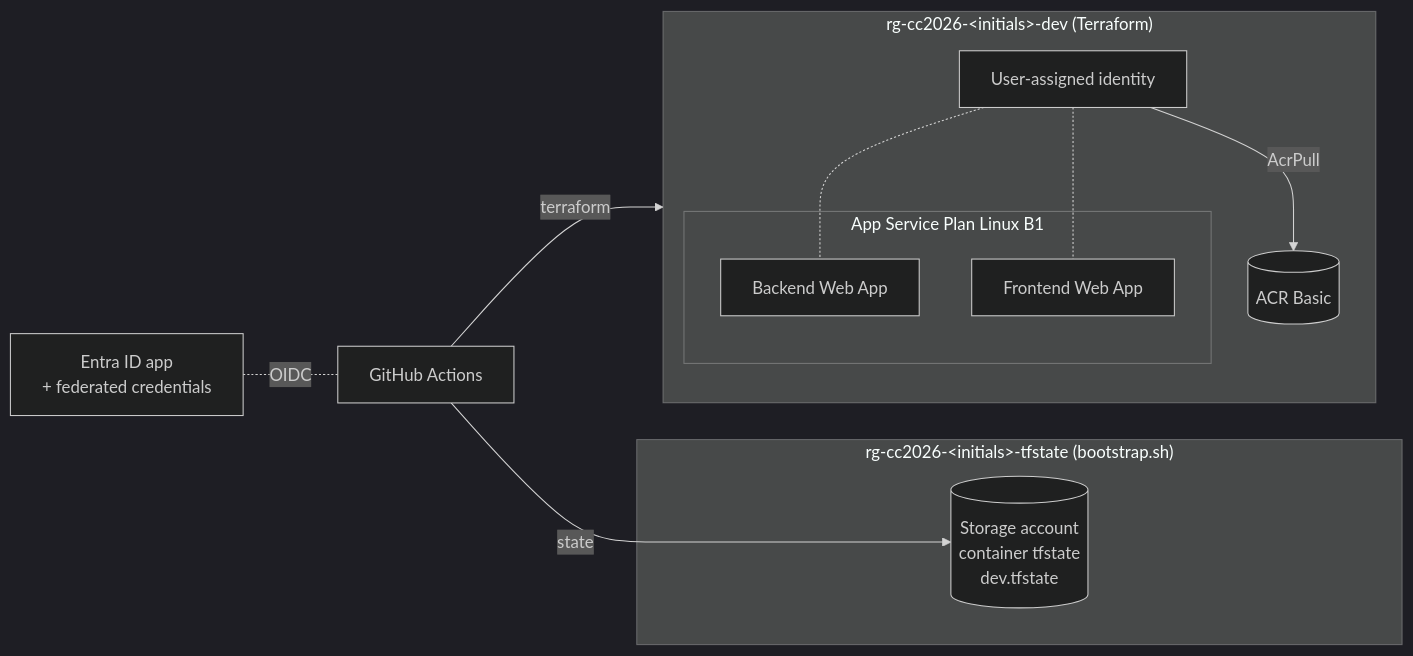
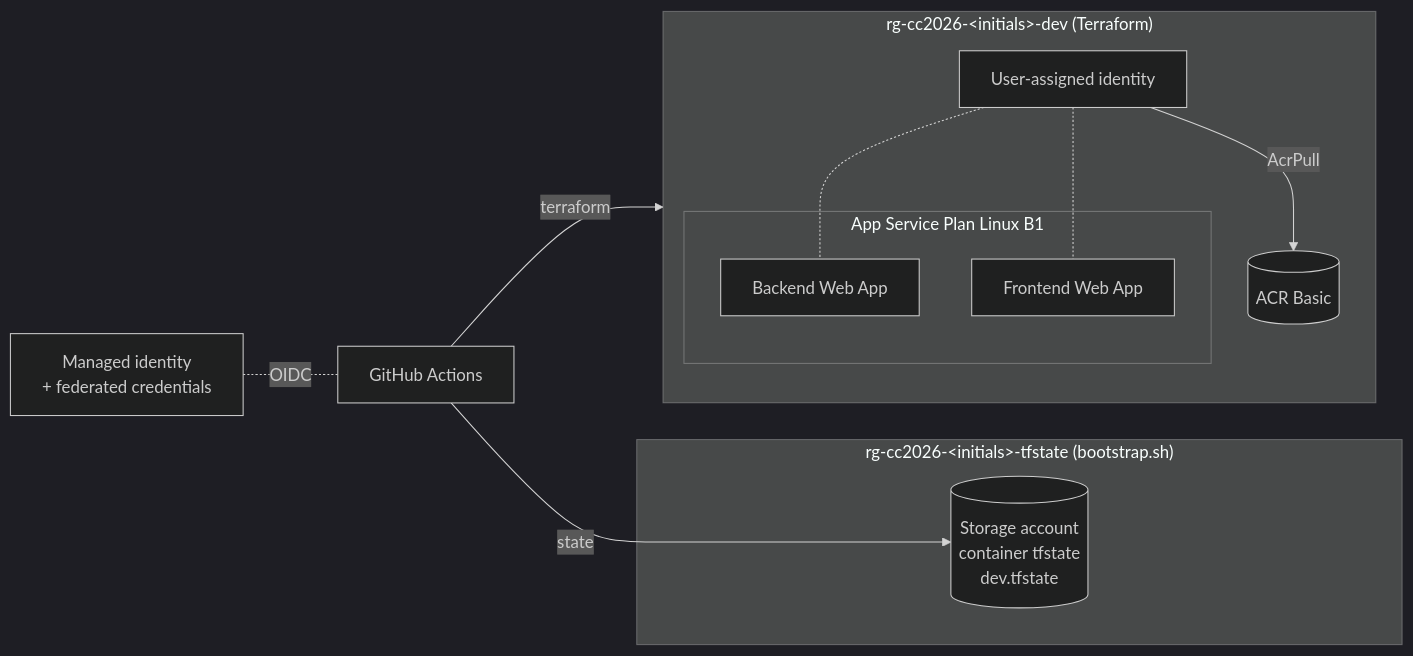
The diagram in README.md (agi1clj/CC2026_DS_Infra), drawn with Mermaid (dark theme) before and after one commit. The commit also changed other lines of this file and 5 other files, not shown here.

First line of the commit message:
feat(bootstrap): use a user-assigned managed identity for GitHub Actions

````diff
--- a/README.md
+++ b/README.md
@@ -10,18 +10,18 @@
 ```mermaid
 flowchart LR
     subgraph state["rg-cc2026-&lt;initials&gt;-tfstate (bootstrap.sh)"]
         sa[(Storage account<br/>container tfstate<br/>dev.tfstate)]
     end
     subgraph app["rg-cc2026-&lt;initials&gt;-dev (Terraform)"]
         acr[(ACR Basic)]
         id[User-assigned identity] -- AcrPull --> acr
         subgraph asp["App Service Plan Linux B1"]
             be[Backend Web App]
             fe[Frontend Web App]
         end
         id -.- be & fe
     end
-    entra[Entra ID app<br/>+ federated credentials] -. OIDC .- gh[GitHub Actions]
+    entra[Managed identity<br/>+ federated credentials] -. OIDC .- gh[GitHub Actions]
     gh -- terraform --> app
     gh -- state --> sa
 ```
````
